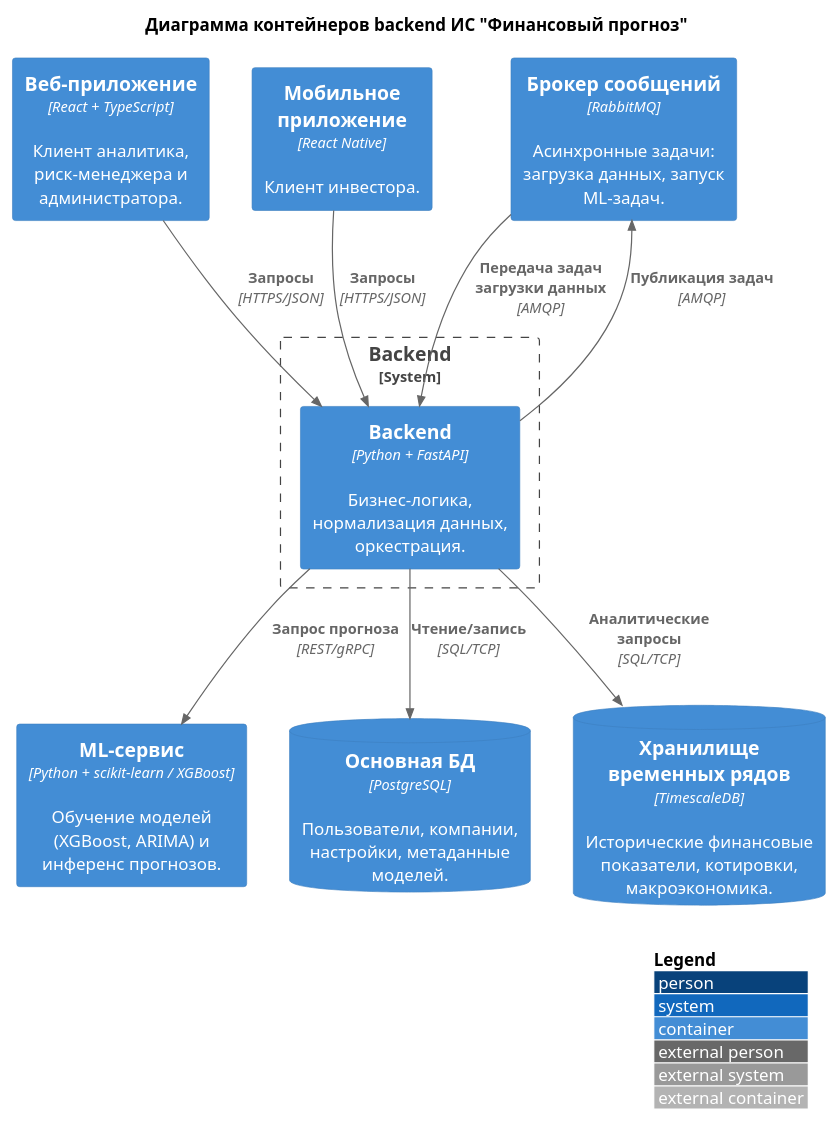
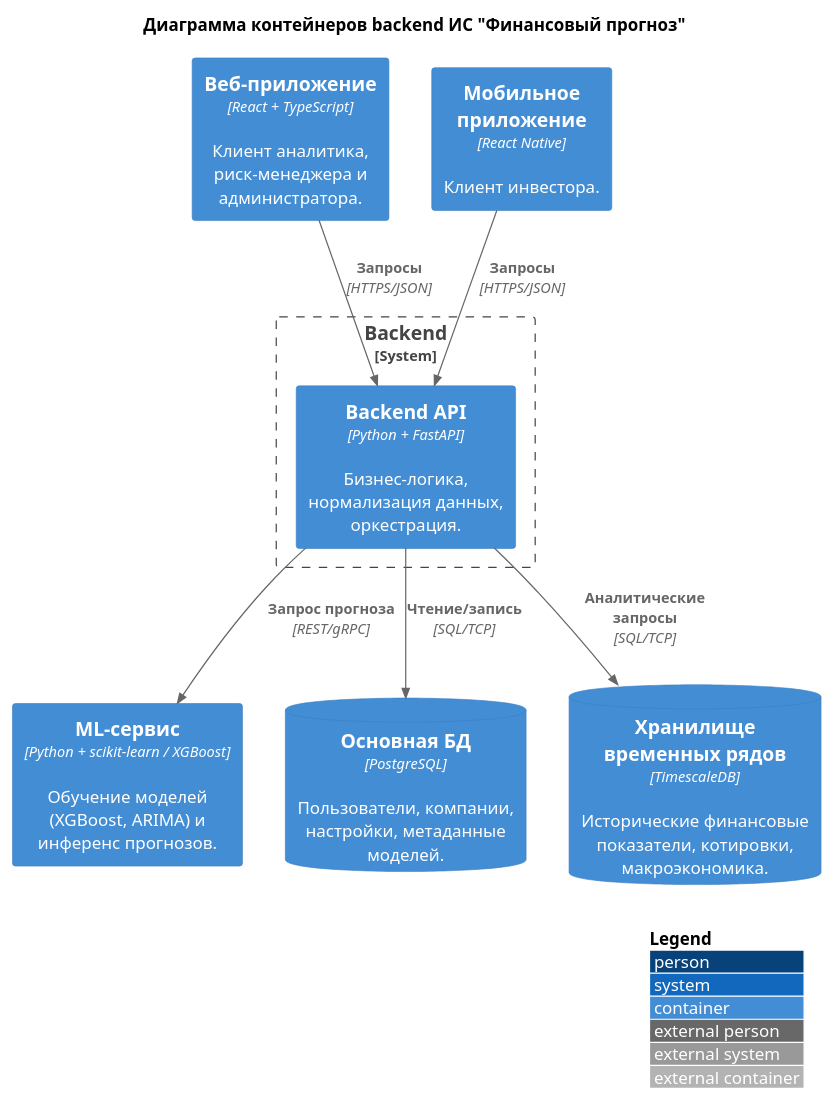
Before and after one commit to Jjots/finance-forecast-app: the diagram in src/l2-containers/diana-containers.puml, drawn with PlantUML. The commit also changed 7 other files, not shown here.

Commit message:
Добавлены диаграммы компонентов ML и Backend

```diff
--- a/src/l2-containers/diana-containers.puml
+++ b/src/l2-containers/diana-containers.puml
@@ -1,28 +1,25 @@
 @startuml
 !include <C4/C4_Container>
 
 LAYOUT_WITH_LEGEND()
 
 title Диаграмма контейнеров backend ИС "Финансовый прогноз"
 
 Container(web_app, "Веб-приложение", "React + TypeScript", "Клиент аналитика, риск-менеджера и администратора.")
 Container(mobile_app, "Мобильное приложение", "React Native", "Клиент инвестора.")
-Container(queue, "Брокер сообщений", "RabbitMQ", "Асинхронные задачи: загрузка данных, запуск ML-задач.")
 
 System_Boundary(backend_boundary, "Backend") {
-    Container(backend, "Backend", "Python + FastAPI", "Бизнес-логика, нормализация данных, оркестрация.")
+    Container(api_backend, "Backend API", "Python + FastAPI", "Бизнес-логика, нормализация данных, оркестрация.")
 }
 
 Container(ml_service, "ML-сервис", "Python + scikit-learn / XGBoost", "Обучение моделей (XGBoost, ARIMA) и инференс прогнозов.")
 ContainerDb(db_main, "Основная БД", "PostgreSQL", "Пользователи, компании, настройки, метаданные моделей.")
 ContainerDb(dwh, "Хранилище временных рядов", "TimescaleDB", "Исторические финансовые показатели, котировки, макроэкономика.")
 
-Rel(web_app, backend, "Запросы", "HTTPS/JSON")
-Rel(mobile_app, backend, "Запросы", "HTTPS/JSON")
-Rel(queue, backend, "Передача задач загрузки данных", "AMQP")
-Rel(backend, queue, "Публикация задач", "AMQP")
-Rel(backend, ml_service, "Запрос прогноза", "REST/gRPC")
-Rel(backend, db_main, "Чтение/запись", "SQL/TCP")
-Rel(backend, dwh, "Аналитические запросы", "SQL/TCP")
+Rel(web_app, api_backend, "Запросы", "HTTPS/JSON")
+Rel(mobile_app, api_backend, "Запросы", "HTTPS/JSON")
+Rel(api_backend, ml_service, "Запрос прогноза", "REST/gRPC")
+Rel(api_backend, db_main, "Чтение/запись", "SQL/TCP")
+Rel(api_backend, dwh, "Аналитические запросы", "SQL/TCP")
 
 @enduml
```
